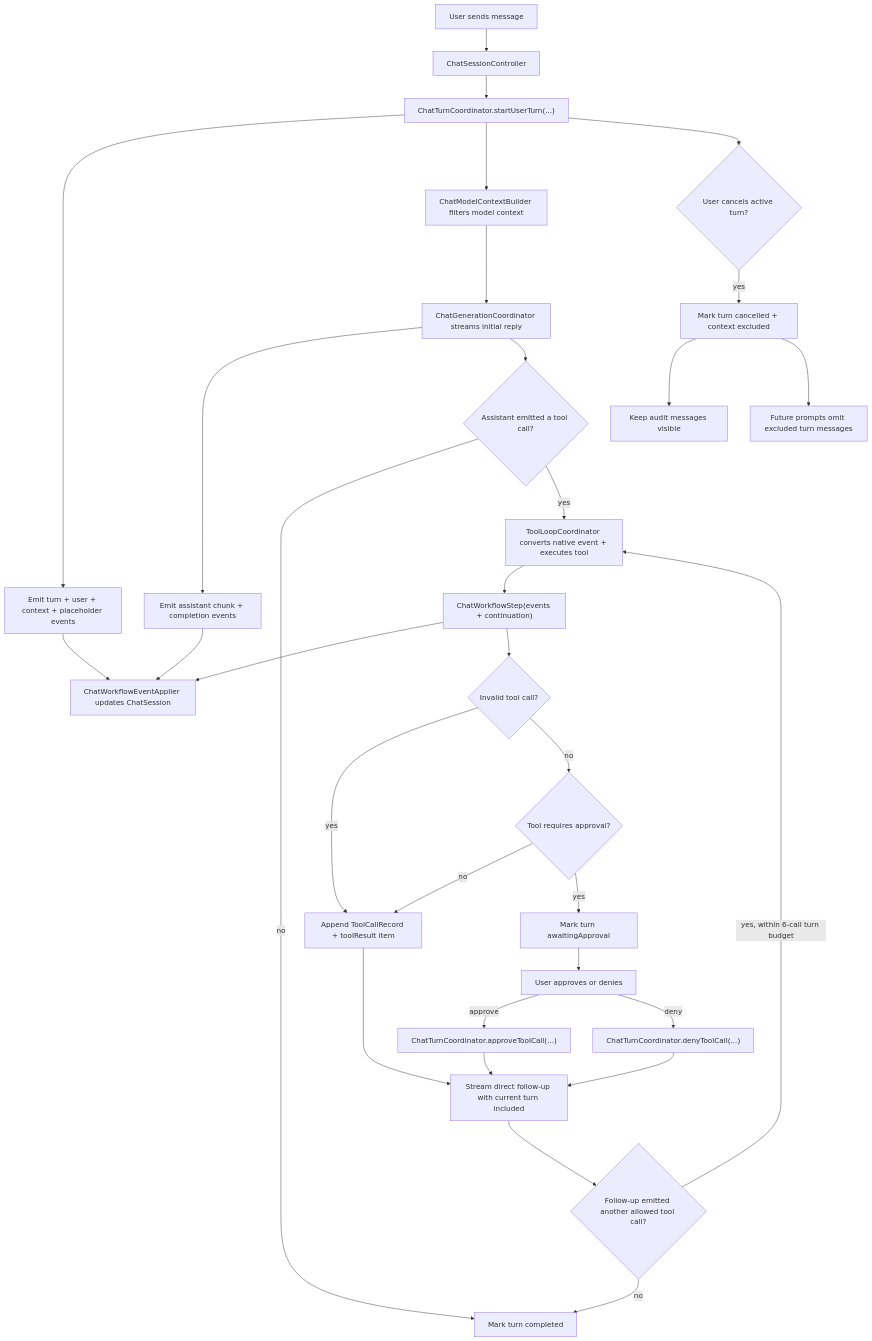
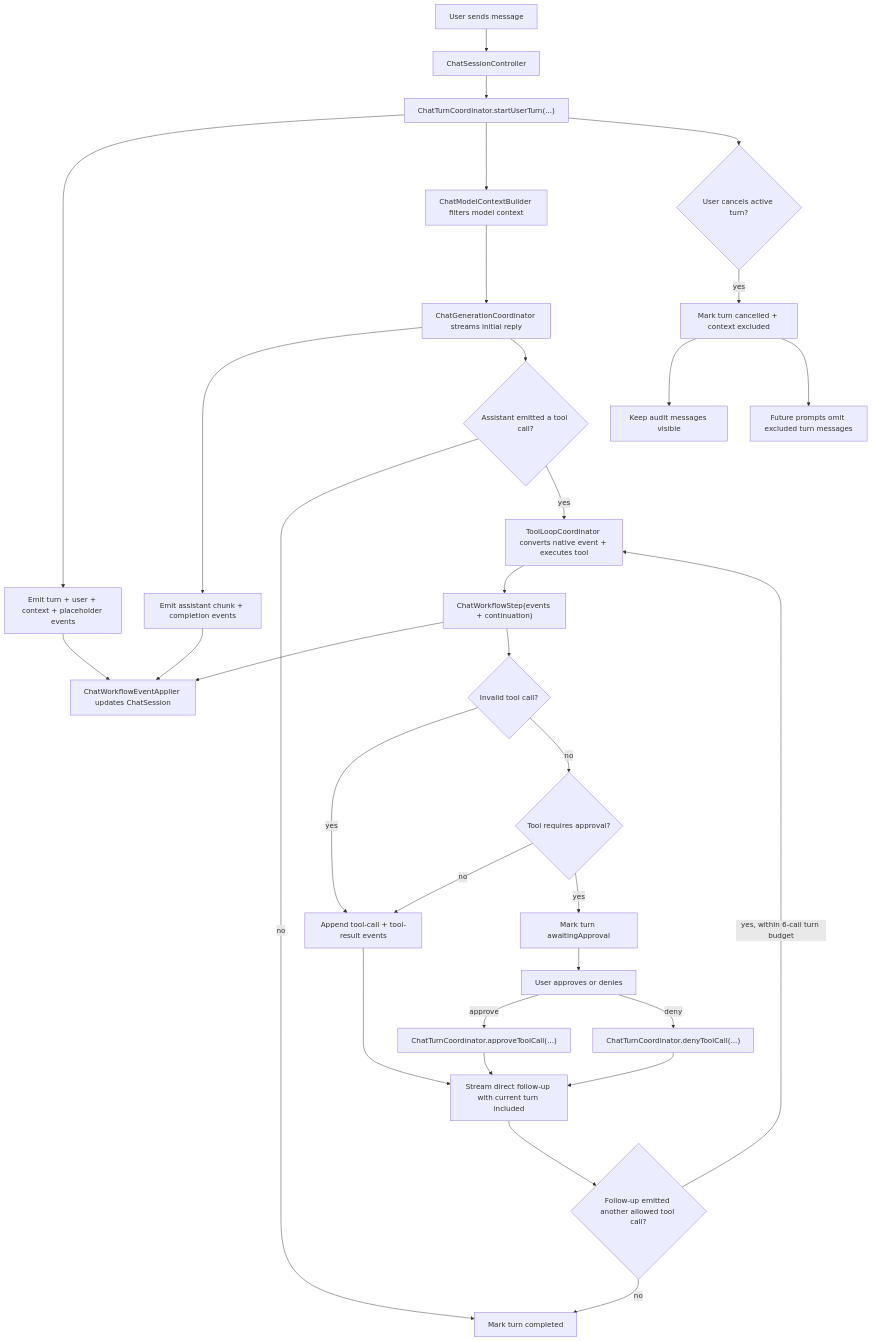
One commit to ngutech21/sumika-chat changed the diagram in docs/chat-runtime.md. Above: the diagram before and after it, drawn with Mermaid. The commit also changed other lines of this file and 11 other files, not shown here.

First line of the commit message:
refactor: tool call handling in chat workflow

````diff
--- a/docs/chat-runtime.md
+++ b/docs/chat-runtime.md
@@ -10,34 +10,34 @@
 ```mermaid
 flowchart TD
   A["User sends message"] --> B["ChatSessionController"]
   B --> C["ChatTurnCoordinator.startUserTurn(...)"]
   C --> D["Emit turn + user + context + placeholder events"]
   D --> E["ChatWorkflowEventApplier updates ChatSession"]
   C --> F["ChatModelContextBuilder filters model context"]
   F --> G["ChatGenerationCoordinator streams initial reply"]
   G --> Y["Emit assistant chunk + completion events"]
   Y --> E
   G --> H{"Assistant emitted a tool call?"}
   H -- "no" --> I["Mark turn completed"]
   H -- "yes" --> J["ToolLoopCoordinator converts native event + executes tool"]
   J --> W["ChatWorkflowStep(events + continuation)"]
   W --> E
   W --> V{"Invalid tool call?"}
   V -- "yes" --> L
   V -- "no" --> K{"Tool requires approval?"}
-  K -- "no" --> L["Append ToolCallRecord + toolResult item"]
+  K -- "no" --> L["Append tool-call + tool-result events"]
   L --> Q["Stream direct follow-up with current turn included"]
   Q --> U{"Follow-up emitted another allowed tool call?"}
   U -- "yes, within 6-call turn budget" --> J
   U -- "no" --> I
   K -- "yes" --> R["Mark turn awaitingApproval"]
   R --> S["User approves or denies"]
   S -- "approve" --> T["ChatTurnCoordinator.approveToolCall(...)"]
   T --> Q
   S -- "deny" --> Z["ChatTurnCoordinator.denyToolCall(...)"]
   Z --> Q
   C --> M{"User cancels active turn?"}
   M -- "yes" --> N["Mark turn cancelled + context excluded"]
   N --> O["Keep audit messages visible"]
   N --> P["Future prompts omit excluded turn messages"]
 ```
````
